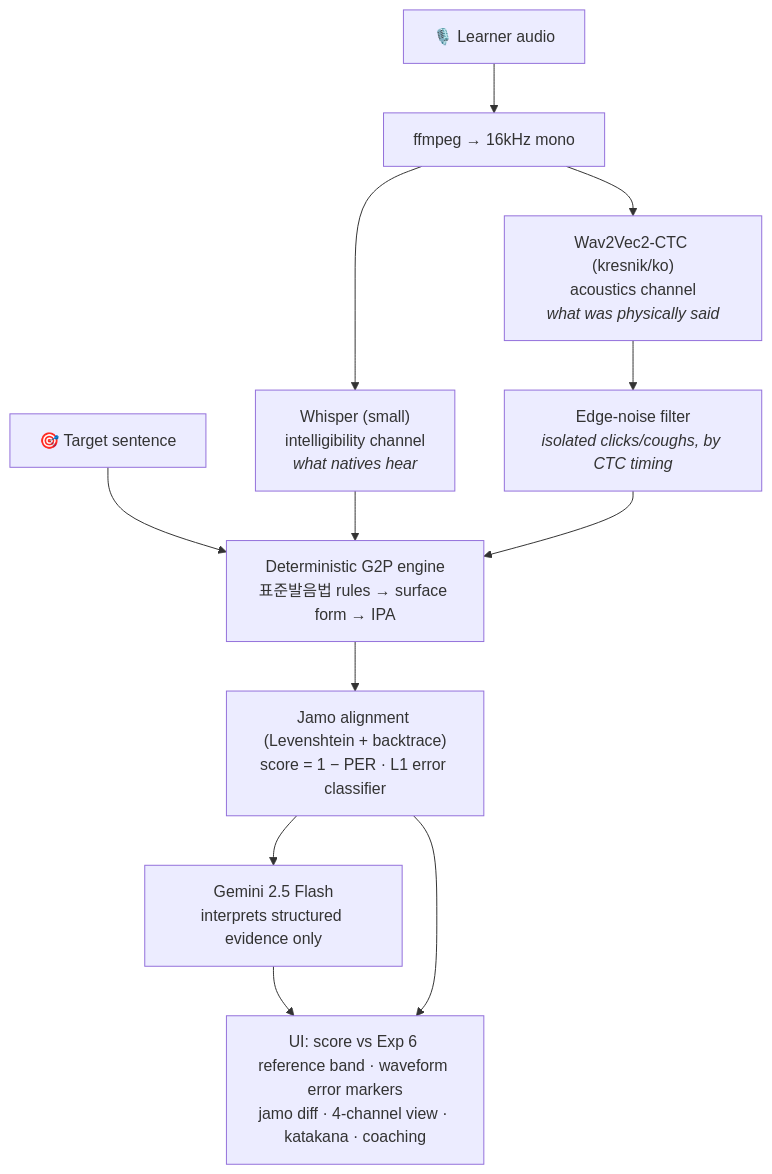
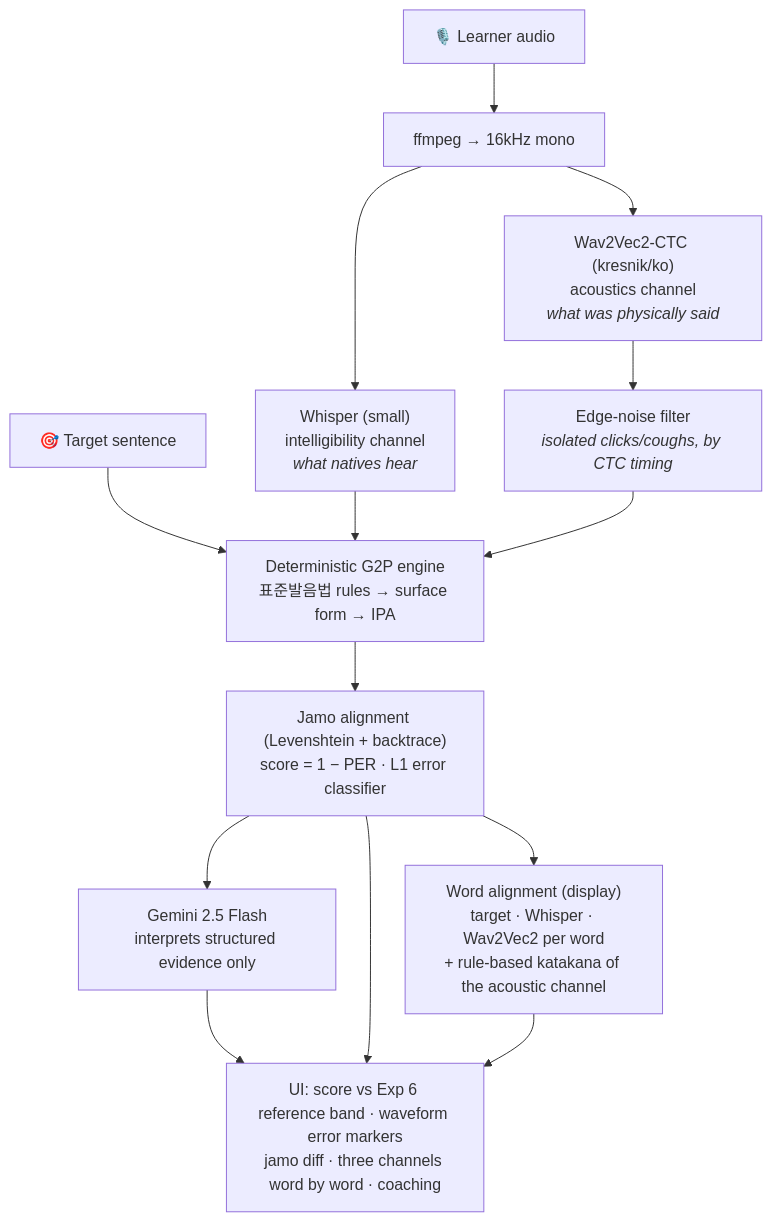
The diagram in README.md (fairyofdata/PhonemeJP2KR), drawn with Mermaid before and after one commit. The commit also changed other lines of this file and 6 other files, not shown here.

First line of the commit message:
docs: three channels plus one notation; demo take exported as data

````diff
--- a/README.md
+++ b/README.md
@@ -55,14 +55,16 @@
 ```mermaid
 flowchart TD
     A[🎙️ Learner audio] --> B[ffmpeg → 16kHz mono]
     B --> C["Whisper (small)<br/>intelligibility channel<br/><i>what natives hear</i>"]
     B --> D["Wav2Vec2-CTC (kresnik/ko)<br/>acoustics channel<br/><i>what was physically said</i>"]
     T[🎯 Target sentence] --> G
     C --> G["Deterministic G2P engine<br/>표준발음법 rules → surface form → IPA"]
     D --> N["Edge-noise filter<br/><i>isolated clicks/coughs, by CTC timing</i>"]
     N --> G
     G --> S["Jamo alignment (Levenshtein + backtrace)<br/>score = 1 − PER · L1 error classifier"]
+    S --> W["Word alignment (display)<br/>target · Whisper · Wav2Vec2 per word<br/>+ rule-based katakana of the acoustic channel"]
     S --> L["Gemini 2.5 Flash<br/>interprets structured evidence only"]
-    L --> U["UI: score vs Exp 6 reference band · waveform error markers<br/>jamo diff · 4-channel view · katakana · coaching"]
+    L --> U["UI: score vs Exp 6 reference band · waveform error markers<br/>jamo diff · three channels word by word · coaching"]
     S --> U
+    W --> U
 ```
````
